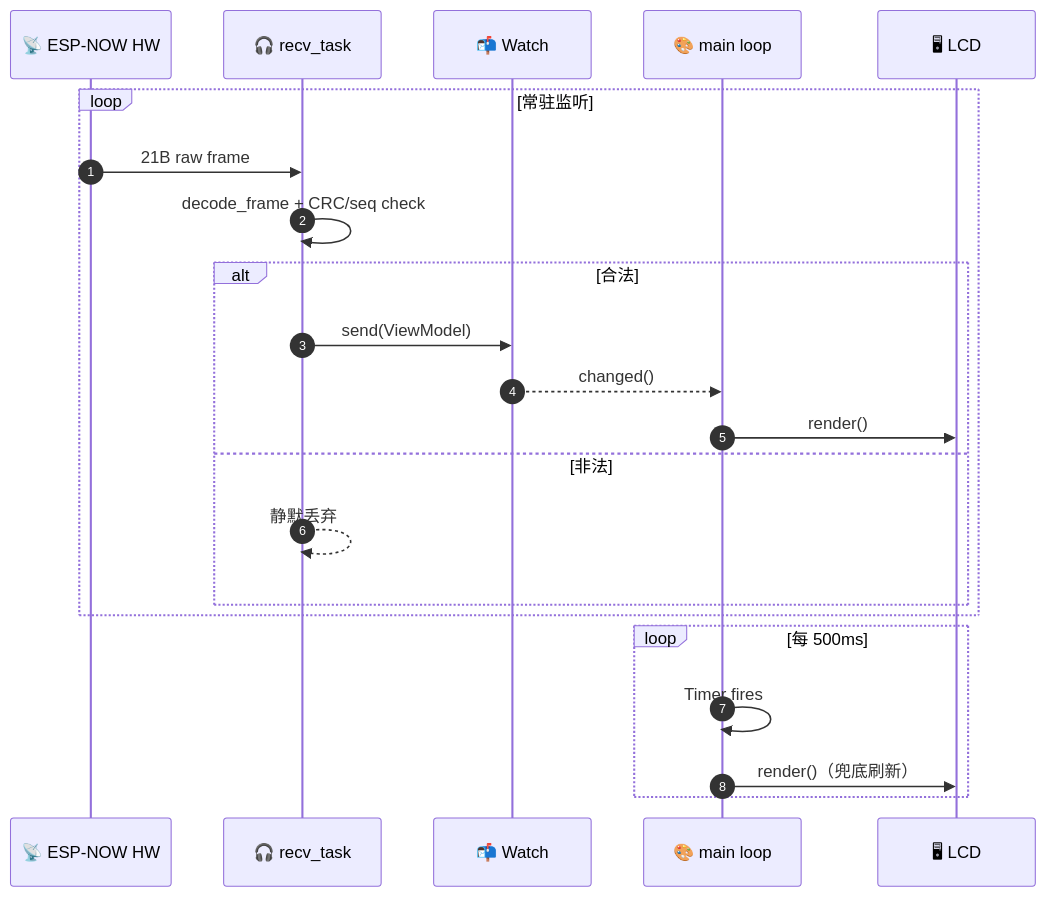
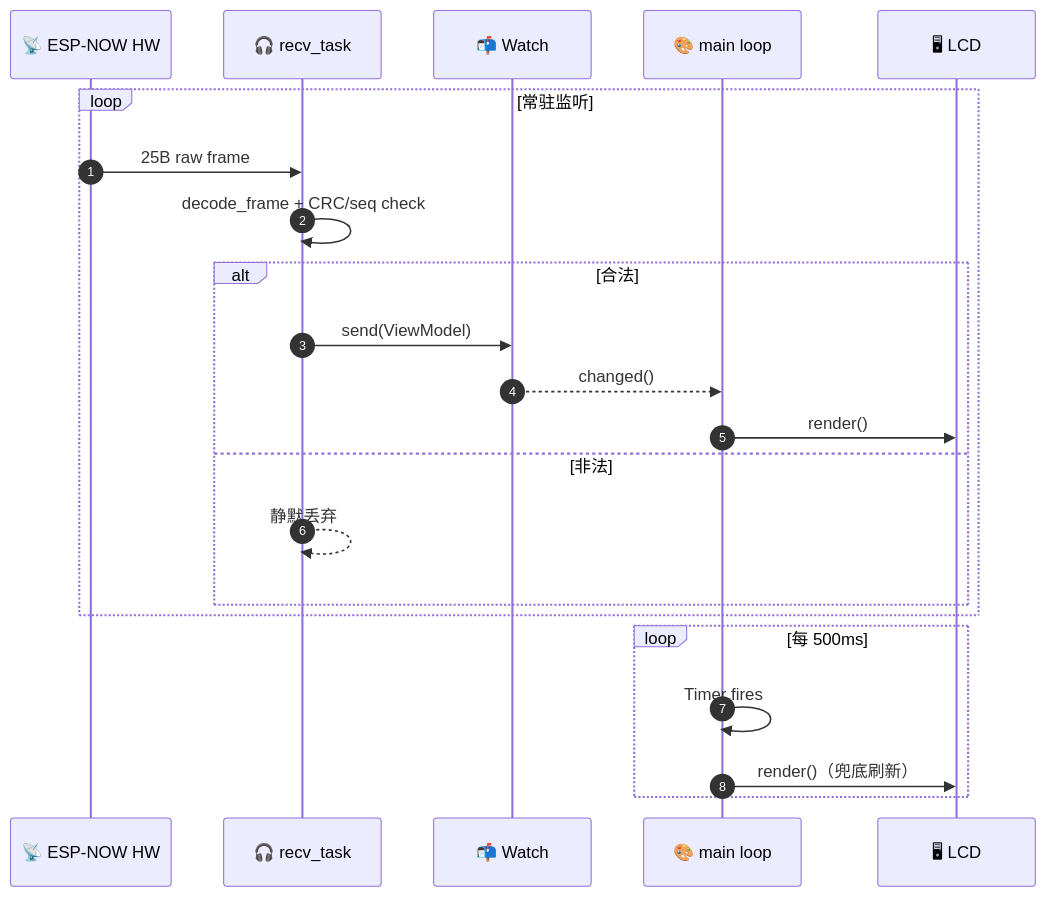
One commit to lf-wxp/c6 changed the second of 2 diagrams in README.md. Above: the diagram before and after it, drawn with Mermaid. The commit also changed other lines of this file and 8 other files, not shown here.

````diff
--- a/README.md
+++ b/README.md
@@ -190,26 +195,26 @@
 ```mermaid
 sequenceDiagram
     autonumber
     participant Radio as 📡 ESP-NOW HW
     participant Recv as 🎧 recv_task
     participant W as 📬 Watch
     participant Main as 🎨 main loop
     participant LCD as 🖥 LCD
 
     loop 常驻监听
-        Radio->>Recv: 21B raw frame
+        Radio->>Recv: 25B raw frame
         Recv->>Recv: decode_frame + CRC/seq check
         alt 合法
             Recv->>W: send(ViewModel)
             W-->>Main: changed()
             Main->>LCD: render()
         else 非法
             Recv-->>Recv: 静默丢弃
         end
     end
 
     loop 每 500ms
         Main->>Main: Timer fires
         Main->>LCD: render()（兜底刷新）
     end
 ```
````
